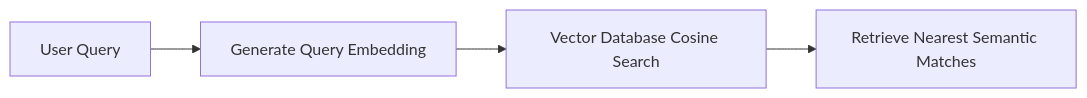
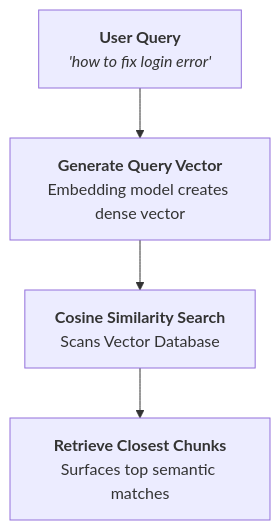
Before and after one commit to Nishant8826/theory-leaning: the fifth of 6 diagrams in Nameste-AI/Season_01/04_How_Machines_Represent_Meaning.md, drawn with Mermaid. The commit also changed other lines of this file and 7 other files, not shown here.

````diff
--- a/Nameste-AI/Season_01/04_How_Machines_Represent_Meaning.md
+++ b/Nameste-AI/Season_01/04_How_Machines_Represent_Meaning.md
@@ -291,6 +415,6 @@
 ```mermaid
-flowchart LR
-    A[User Query] --> B[Generate Query Embedding]
-    B --> C[Vector Database Cosine Search]
-    C --> D[Retrieve Nearest Semantic Matches]
+flowchart TD
+    A["<b>User Query</b><br/><i>'how to fix login error'</i>"] --> B["<b>Generate Query Vector</b><br/>Embedding model creates dense vector"]
+    B --> C["<b>Cosine Similarity Search</b><br/>Scans Vector Database"]
+    C --> D["<b>Retrieve Closest Chunks</b><br/>Surfaces top semantic matches"]
 ```
````
